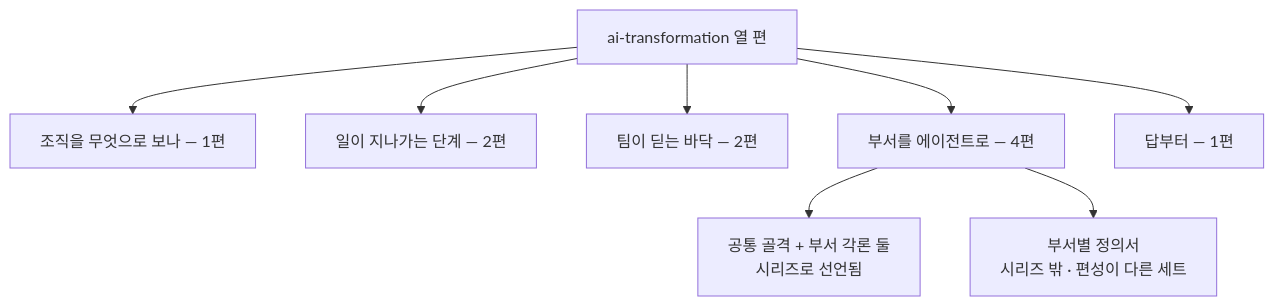
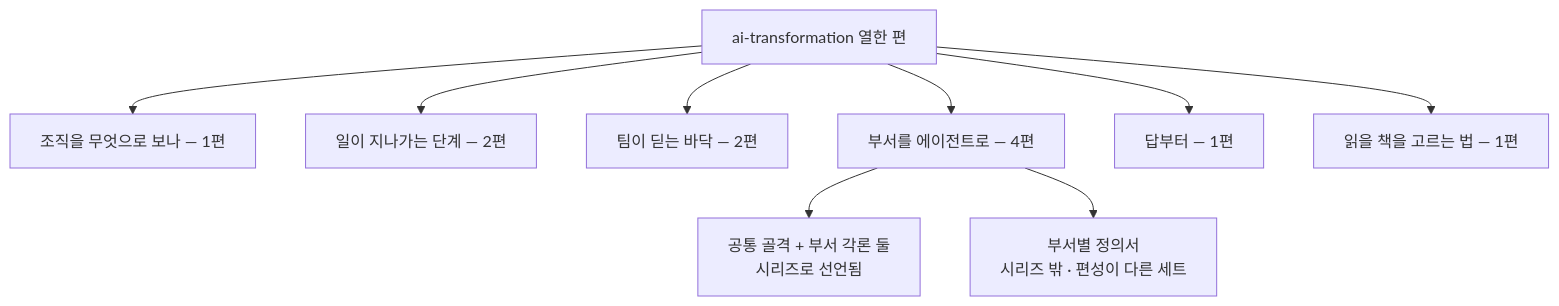
One commit to withwooyong/withwooyong.github.io changed the second of 2 diagrams in content/blog/ai-transformation/ai-transformation-knowledge-map.md. Above: the diagram before and after it, drawn with Mermaid. The commit also changed other lines of this file and 4 other files, not shown here.

````diff
--- a/content/blog/ai-transformation/ai-transformation-knowledge-map.md
+++ b/content/blog/ai-transformation/ai-transformation-knowledge-map.md
@@ -47,10 +48,11 @@
 ```mermaid
 flowchart TD
-    A["ai-transformation 열 편"] --> B["조직을 무엇으로 보나 — 1편"]
+    A["ai-transformation 열한 편"] --> B["조직을 무엇으로 보나 — 1편"]
     A --> C["일이 지나가는 단계 — 2편"]
     A --> D["팀이 딛는 바닥 — 2편"]
     A --> E["부서를 에이전트로 — 4편"]
     A --> F["답부터 — 1편"]
+    A --> G["읽을 책을 고르는 법 — 1편"]
     E --> E1["공통 골격 + 부서 각론 둘<br/>시리즈로 선언됨"]
     E --> E2["부서별 정의서<br/>시리즈 밖 · 편성이 다른 세트"]
 ```
````
